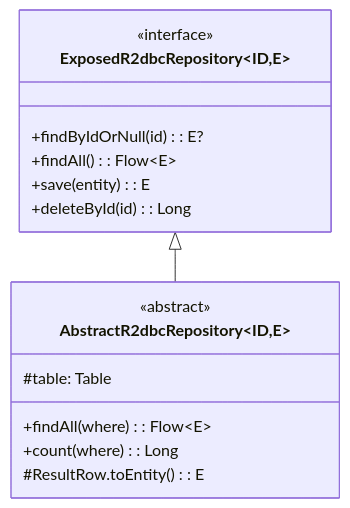
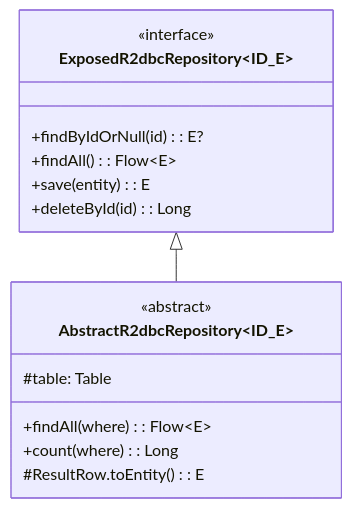
Before and after one commit to bluetape4k/bluetape4k-projects: the first of 4 diagrams in data/exposed-r2dbc/README.md, drawn with Mermaid. The commit also changed 95 other files, not shown here.

First line of the commit message:
docs: Mermaid 파서 오류 전체 수정 (IntelliJ IDEA 호환)

````diff
--- a/data/exposed-r2dbc/README.md
+++ b/data/exposed-r2dbc/README.md
@@ -205,23 +205,20 @@
 ```mermaid
 classDiagram
     direction TB
-    class ExposedR2dbcRepository~ID,E~ {
+    class ExposedR2dbcRepository~ID_E~ {
         <<interface>>
         +findByIdOrNull(id): E?
         +findAll(): Flow~E~
         +save(entity): E
         +deleteById(id): Long
     }
-    class AbstractR2dbcRepository~ID,E~ {
+    class AbstractR2dbcRepository~ID_E~ {
         <<abstract>>
         #table: Table
         +findAll(where): Flow~E~
         +count(where): Long
         #ResultRow.toEntity(): E
     }
     ExposedR2dbcRepository <|-- AbstractR2dbcRepository
 
-    classDef repoStyle fill:#2196F3
-    class ExposedR2dbcRepository:::repoStyle
-    class AbstractR2dbcRepository:::repoStyle
 ```
````
